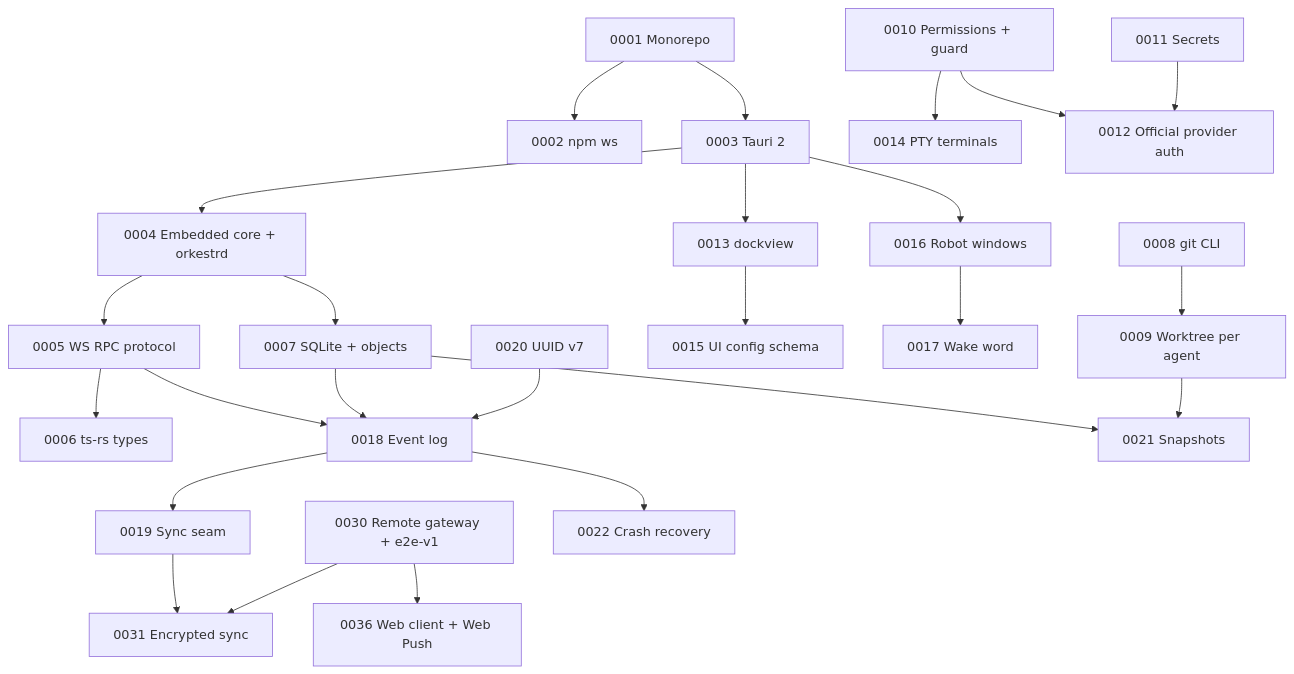
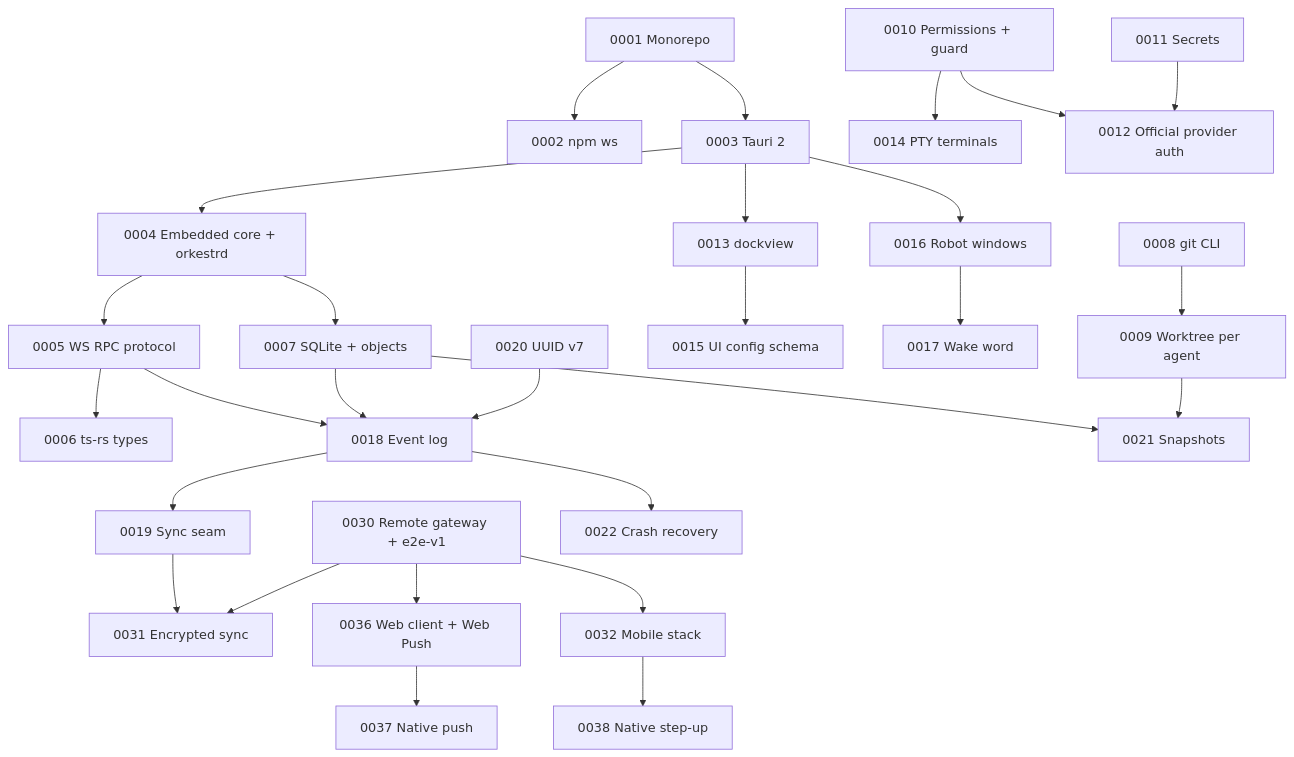
The diagram in docs/adr/README.md (farrukhnosirov/orkestr), drawn with Mermaid before and after one commit. The commit also changed other lines of this file and 60 other files, not shown here.

First line of the commit message:
Phase 5 step 0: mobile skeleton, crypto seam, native push/step-up protocol stubs

````diff
--- a/docs/adr/README.md
+++ b/docs/adr/README.md
@@ -68,27 +71,30 @@
 ```mermaid
 flowchart TB
   A1[0001 Monorepo] --> A2[0002 npm ws]
   A1 --> A3[0003 Tauri 2]
   A3 --> A4["0004 Embedded core + orkestrd"]
   A4 --> A5[0005 WS RPC protocol]
   A5 --> A6[0006 ts-rs types]
   A5 --> A18[0018 Event log]
   A4 --> A7["0007 SQLite + objects"]
   A7 --> A18
   A7 --> A21[0021 Snapshots]
   A8[0008 git CLI] --> A9[0009 Worktree per agent]
   A9 --> A21
   A10["0010 Permissions + guard"] --> A14[0014 PTY terminals]
   A10 --> A12[0012 Official provider auth]
   A11[0011 Secrets] --> A12
   A3 --> A13[0013 dockview]
   A13 --> A15[0015 UI config schema]
   A3 --> A16[0016 Robot windows]
   A16 --> A17[0017 Wake word]
   A18 --> A19[0019 Sync seam]
   A19 --> A31[0031 Encrypted sync]
   A30[0030 Remote gateway + e2e-v1] --> A36[0036 Web client + Web Push]
   A30 --> A31
+  A30 --> A32[0032 Mobile stack]
+  A36 --> A37[0037 Native push]
+  A32 --> A38[0038 Native step-up]
   A18 --> A22[0022 Crash recovery]
   A20[0020 UUID v7] --> A18
 ```
````
